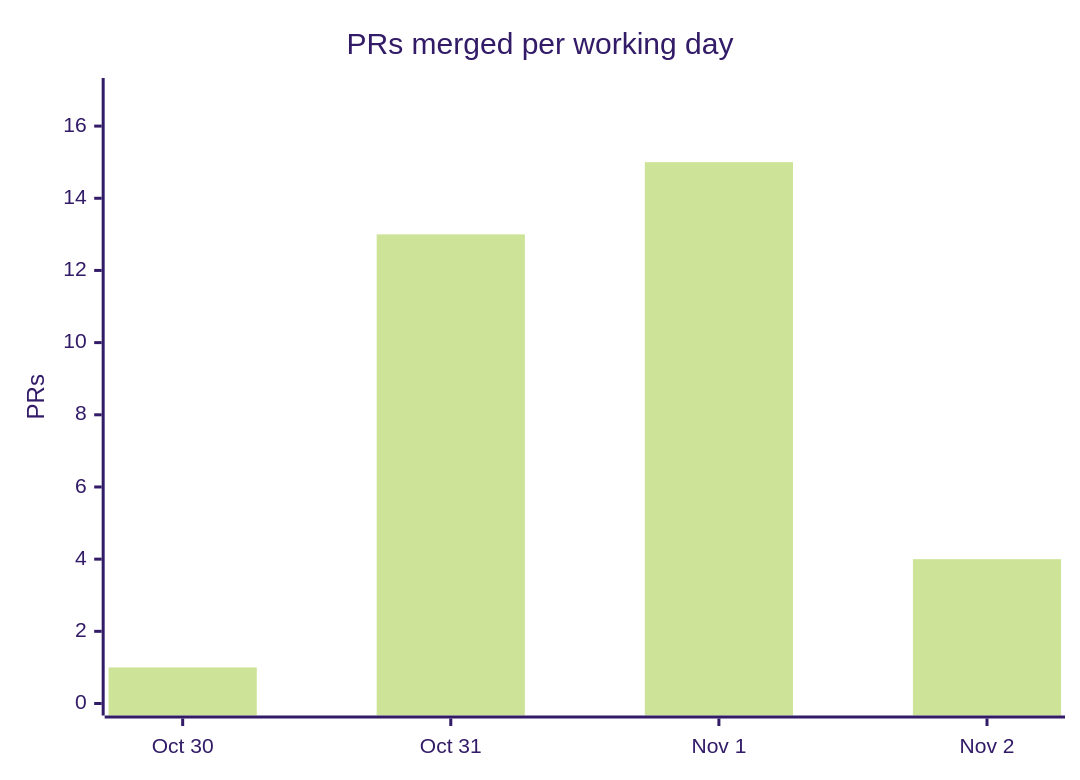
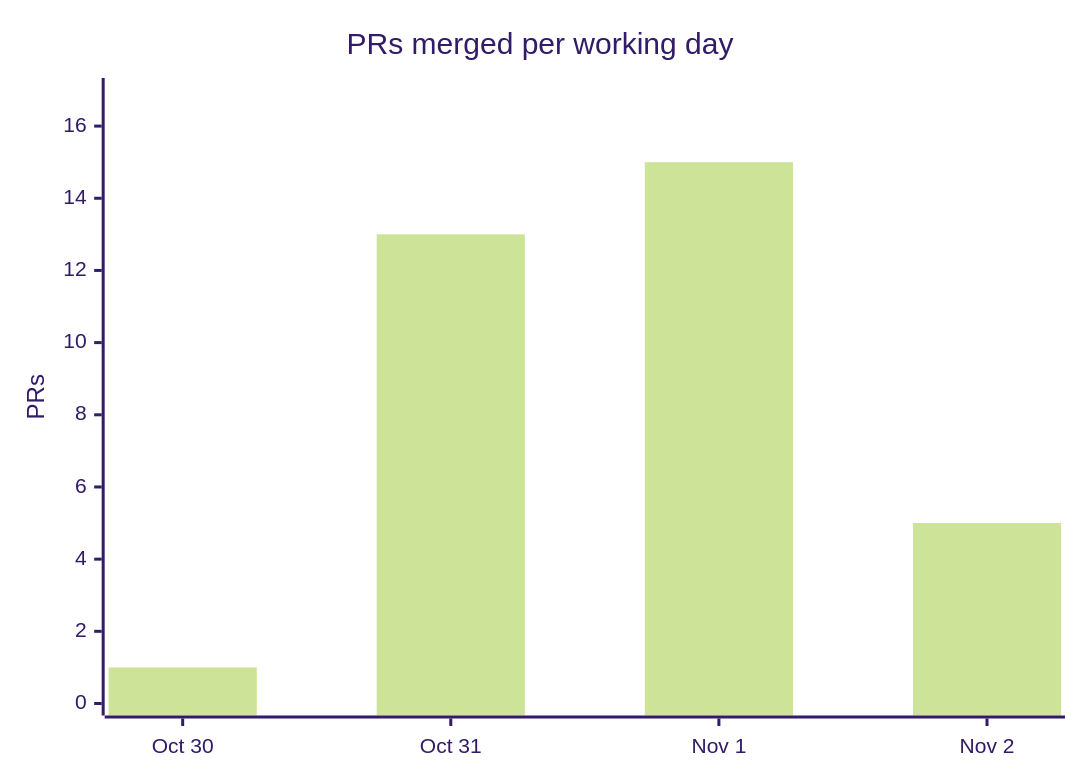
One commit to cmprssd/nfsh changed the fourth of 4 diagrams in docs/OVERVIEW.md. Above: the diagram before and after it, drawn with Mermaid (forest theme). The commit also changed other lines of this file and 3 other files, not shown here.

````diff
--- a/docs/OVERVIEW.md
+++ b/docs/OVERVIEW.md
@@ -139,7 +139,7 @@
 ```mermaid
 xychart-beta
     title "PRs merged per working day"
     x-axis ["Oct 30", "Oct 31", "Nov 1", "Nov 2"]
     y-axis "PRs" 0 --> 17
-    bar [1, 13, 15, 4]
+    bar [1, 13, 15, 5]
 ```
````
